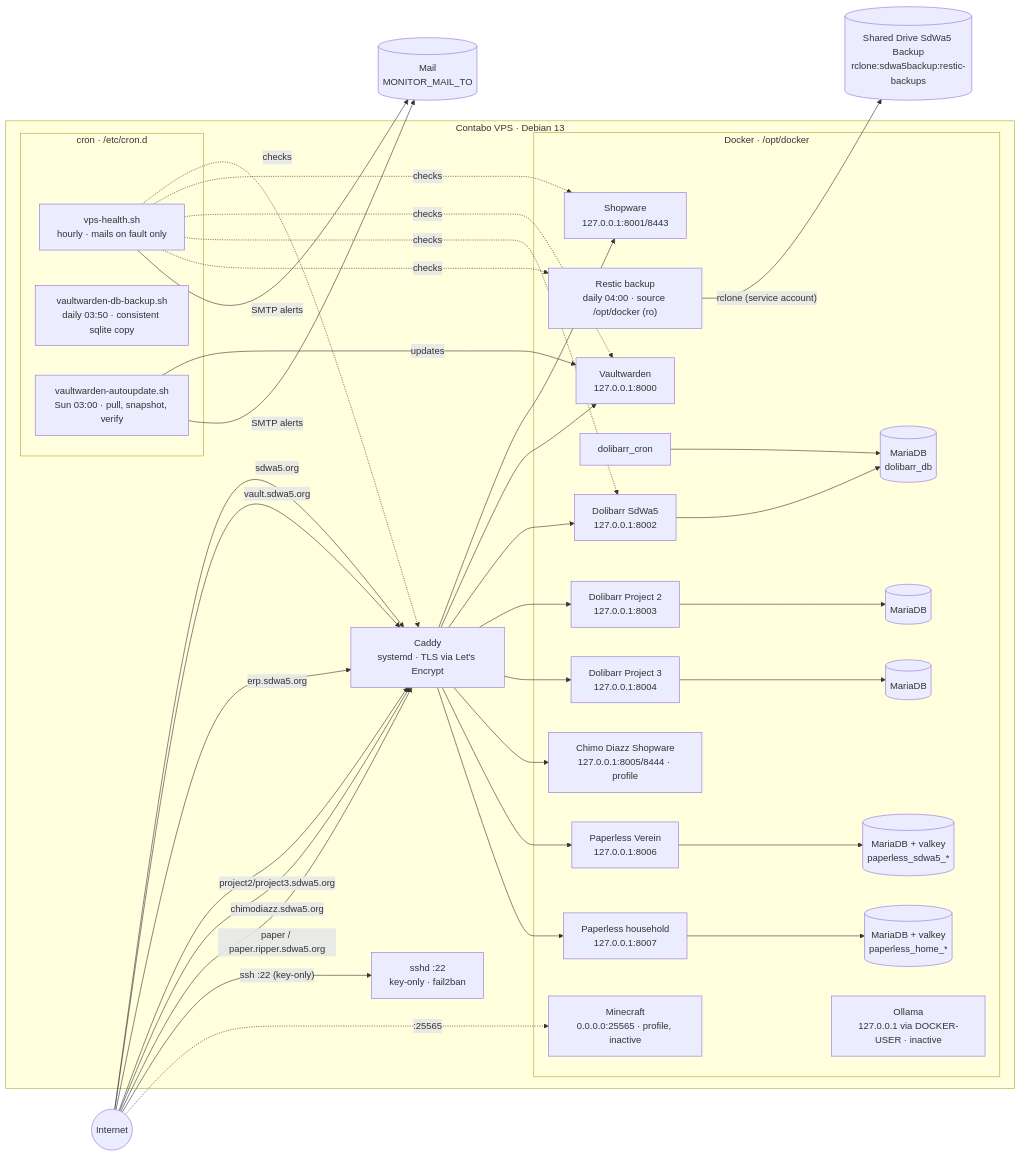
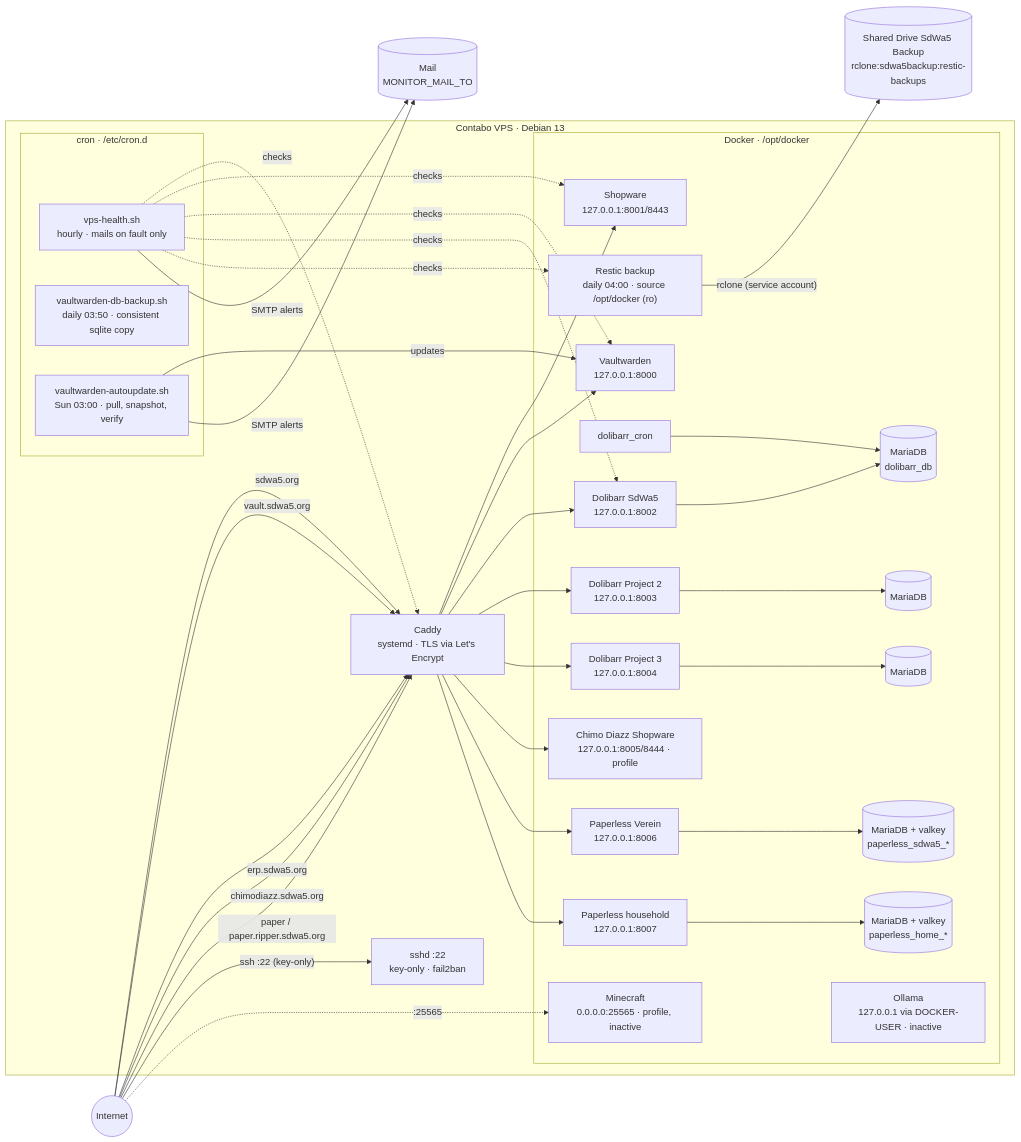
One commit to SdWa5/vps changed the diagram in docs/infrastructure.md. Above: the diagram before and after it, drawn with Mermaid. The commit also changed other lines of this file and 15 other files, not shown here.

````diff
--- a/docs/infrastructure.md
+++ b/docs/infrastructure.md
@@ -7,60 +7,59 @@
 ```mermaid
 flowchart LR
     U((Internet))
 
     subgraph vps ["Contabo VPS · Debian 13"]
         C["Caddy<br/>systemd · TLS via Let's Encrypt"]
 
         subgraph docker ["Docker · /opt/docker"]
             SW["Shopware<br/>127.0.0.1:8001/8443"]
             VW["Vaultwarden<br/>127.0.0.1:8000"]
             DL["Dolibarr SdWa5<br/>127.0.0.1:8002"]
             DLC["dolibarr_cron"]
             DLDB[("MariaDB<br/>dolibarr_db")]
             P2["Dolibarr Project 2<br/>127.0.0.1:8003"]
             P2DB[("MariaDB")]
             P3["Dolibarr Project 3<br/>127.0.0.1:8004"]
             CDW["Chimo Diazz Shopware<br/>127.0.0.1:8005/8444 · profile"]
             P3DB[("MariaDB")]
             PL["Paperless Verein<br/>127.0.0.1:8006"]
             PLDB[("MariaDB + valkey<br/>paperless_sdwa5_*")]
             PH["Paperless household<br/>127.0.0.1:8007"]
             PHDB[("MariaDB + valkey<br/>paperless_home_*")]
             OL["Ollama<br/>127.0.0.1 via DOCKER-USER · inactive"]
             MC["Minecraft<br/>0.0.0.0:25565 · profile, inactive"]
             RS["Restic backup<br/>daily 04:00 · source /opt/docker (ro)"]
         end
 
         subgraph cron ["cron · /etc/cron.d"]
             HC["vps-health.sh<br/>hourly · mails on fault only"]
             DB["vaultwarden-db-backup.sh<br/>daily 03:50 · consistent sqlite copy"]
             AU["vaultwarden-autoupdate.sh<br/>Sun 03:00 · pull, snapshot, verify"]
         end
 
         SSHD["sshd :22<br/>key-only · fail2ban"]
     end
 
     GD[("Shared Drive SdWa5 Backup<br/>rclone:sdwa5backup:restic-backups")]
     U -- " sdwa5.org " --> C
     U -- " vault.sdwa5.org " --> C
     U -- " erp.sdwa5.org " --> C
-    U -- " project2/project3.sdwa5.org " --> C
     U -- " chimodiazz.sdwa5.org " --> C
     U -- " paper / paper.ripper.sdwa5.org " --> C
     U -- " ssh :22 (key-only) " --> SSHD
     U -. " :25565 " .-> MC
     C --> SW & VW & DL
     C --> P2 & P3
     C --> CDW
     C --> PL & PH
     PL --> PLDB
     PH --> PHDB
     DL --> DLDB
     DLC --> DLDB
     P2 --> P2DB
     P3 --> P3DB
     RS -- " rclone (service account) " --> GD
     HC -. " checks " .-> C & SW & VW & DL & RS
     AU -- " updates " --> VW
     HC & AU -- " SMTP alerts " --> MB[("Mail<br/>MONITOR_MAIL_TO")]
 ```
````
